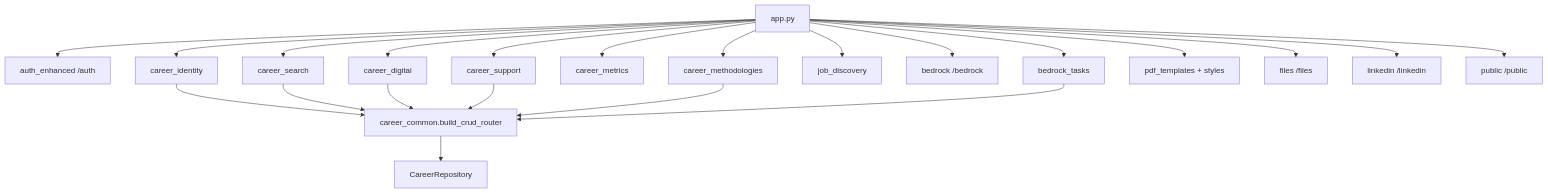
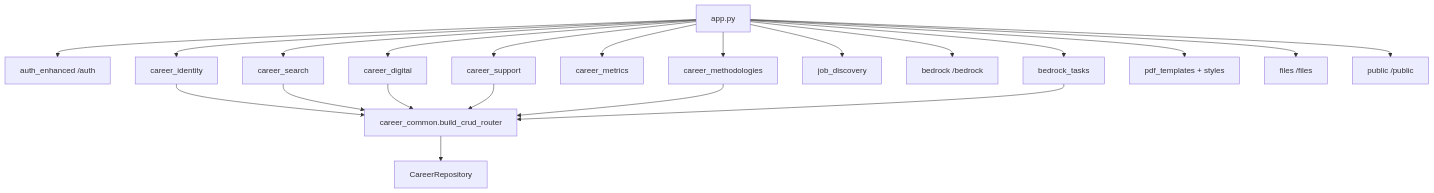
One commit to cjhirashi/cjhirashi-career changed the diagram in cjhirashi-career-api/src/routes/README.md. Above: the diagram before and after it, drawn with Mermaid. The commit also changed other lines of this file and 59 other files, not shown here.

````diff
--- a/cjhirashi-career-api/src/routes/README.md
+++ b/cjhirashi-career-api/src/routes/README.md
@@ -9,24 +9,23 @@
 ```mermaid
 flowchart TB
     App[app.py] --> Auth[auth_enhanced /auth]
     App --> Identity[career_identity]
     App --> Search[career_search]
     App --> Digital[career_digital]
     App --> Support[career_support]
     App --> Metrics[career_metrics]
     App --> Methods[career_methodologies]
     App --> Jobs[job_discovery]
     App --> Bedrock[bedrock /bedrock]
     App --> Tasks[bedrock_tasks]
     App --> PDF[pdf_templates + styles]
     App --> Files[files /files]
-    App --> LI[linkedin /linkedin]
     App --> Public[public /public]
     Identity --> Factory[career_common.build_crud_router]
     Search --> Factory
     Digital --> Factory
     Support --> Factory
     Methods --> Factory
     Tasks --> Factory
     Factory --> Repo[CareerRepository]
 ```
````
